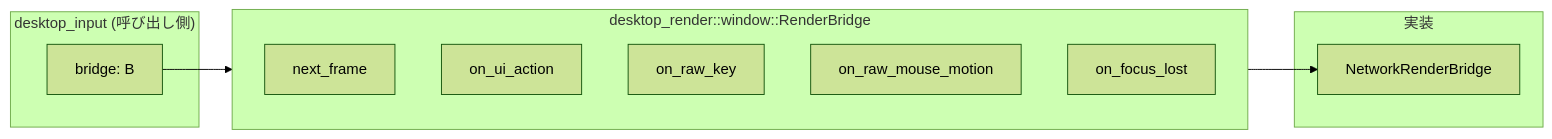
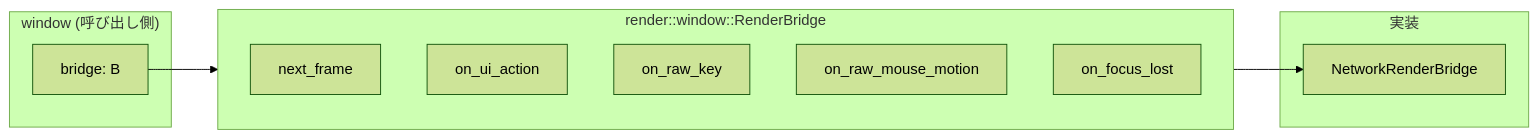
One commit to FRICK-ELDY/alchemy-engine changed the seventh of 7 diagrams in docs/architecture/rust/desktop/input.md. Above: the diagram before and after it, drawn with Mermaid (forest theme). The commit also changed other lines of this file and 11 other files, not shown here.

````diff
--- a/docs/architecture/rust/desktop/input.md
+++ b/docs/architecture/rust/desktop/input.md
@@ -229,21 +234,21 @@
 ```mermaid
 flowchart LR
-    subgraph desktop_input ["desktop_input (呼び出し側)"]
+    subgraph window ["window (呼び出し側)"]
         BRIDGE["bridge: B"]
     end
 
-    subgraph RenderBridge_trait ["desktop_render::window::RenderBridge"]
+    subgraph RenderBridge_trait ["render::window::RenderBridge"]
         NF[next_frame]
         OUA[on_ui_action]
         ORK[on_raw_key]
         ORM[on_raw_mouse_motion]
         OFL[on_focus_lost]
     end
 
     subgraph implementations [実装]
         NRB[NetworkRenderBridge]
     end
 
     BRIDGE --> RenderBridge_trait
     RenderBridge_trait --> NRB
 ```
````
